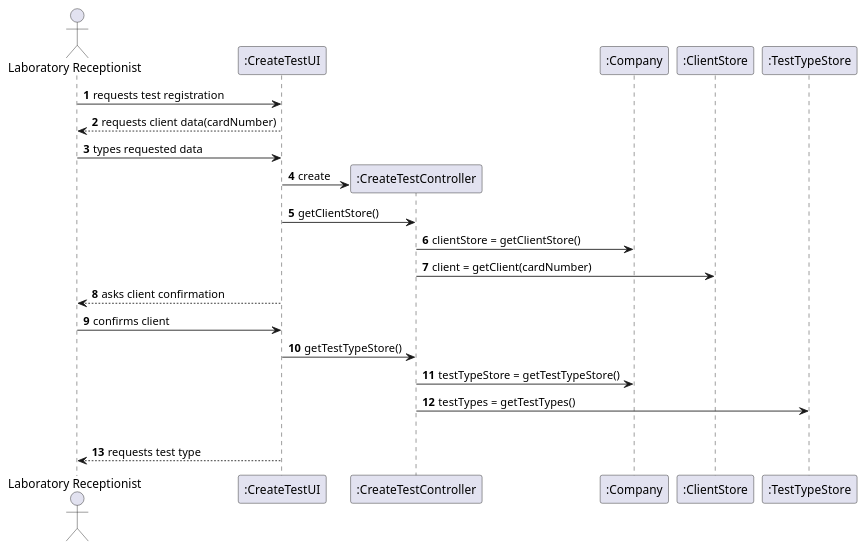
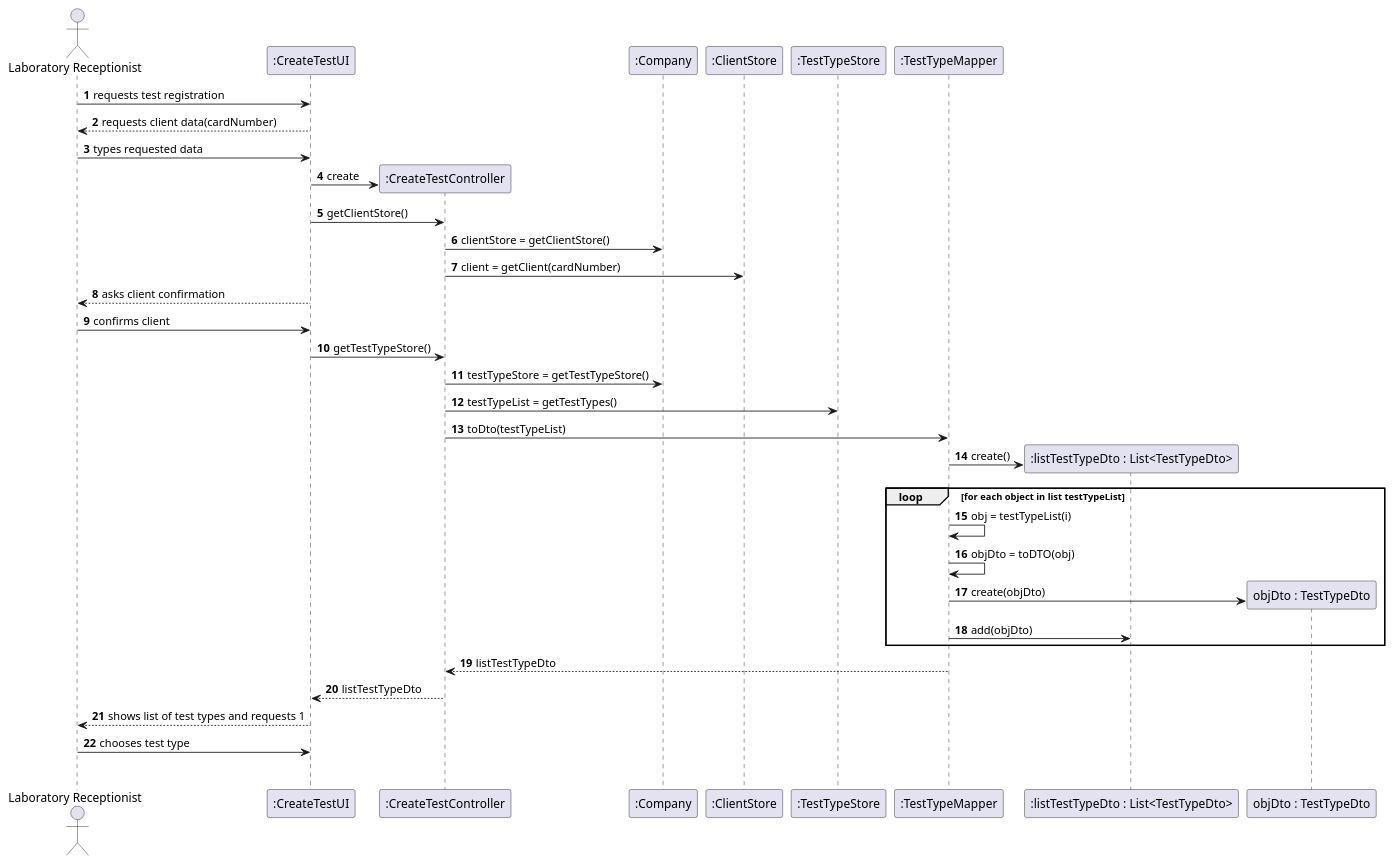
The diagram in docs/SprintC/US4/US4_SD.puml (MadDinosaur/ISEP-LAPR2), drawn with PlantUML before and after one commit.

Commit message:
SD updates

```diff
--- a/docs/SprintC/US4/US4_SD.puml
+++ b/docs/SprintC/US4/US4_SD.puml
@@ -1,26 +1,43 @@
 @startuml
 autonumber
 actor "Laboratory Receptionist" as LR
 participant ":CreateTestUI" as ui
 participant ":CreateTestController" as ctrl
 participant ":Company" as cm
 participant ":ClientStore" as ct
 participant ":TestTypeStore" as tts
+participant ":TestTypeMapper" as ttMapper
+participant ":listTestTypeDto : List<TestTypeDto>" as ttDto
+participant "objDto : TestTypeDto" as TTobjDto
 
 LR -> ui : requests test registration
 ui --> LR : requests client data(cardNumber)
 LR -> ui : types requested data
 create ctrl
 ui -> ctrl : create
 ui -> ctrl : getClientStore()
 ctrl -> cm : clientStore = getClientStore()
 ctrl -> ct : client = getClient(cardNumber)
 ui --> LR : asks client confirmation
 LR -> ui: confirms client
 ui -> ctrl : getTestTypeStore()
 ctrl -> cm : testTypeStore = getTestTypeStore()
-ctrl -> tts : testTypes = getTestTypes()
+ctrl -> tts : testTypeList = getTestTypes()
+ctrl -> ttMapper : toDto(testTypeList)
+create ttDto
+ttMapper -> ttDto : create()
+loop for each object in list testTypeList
+ttMapper -> ttMapper : obj = testTypeList(i)
+ttMapper -> ttMapper : objDto = toDTO(obj)
+create TTobjDto
+ttMapper -> TTobjDto : create(objDto)
+ttMapper -> ttDto : add(objDto)
+end loop
+ttMapper --> ctrl : listTestTypeDto
+ctrl --> ui : listTestTypeDto
+ui --> LR : shows list of test types and requests 1
+LR -> ui : chooses test type
 loop
-ui --> LR : requests test type 
+
 
 @enduml
```
